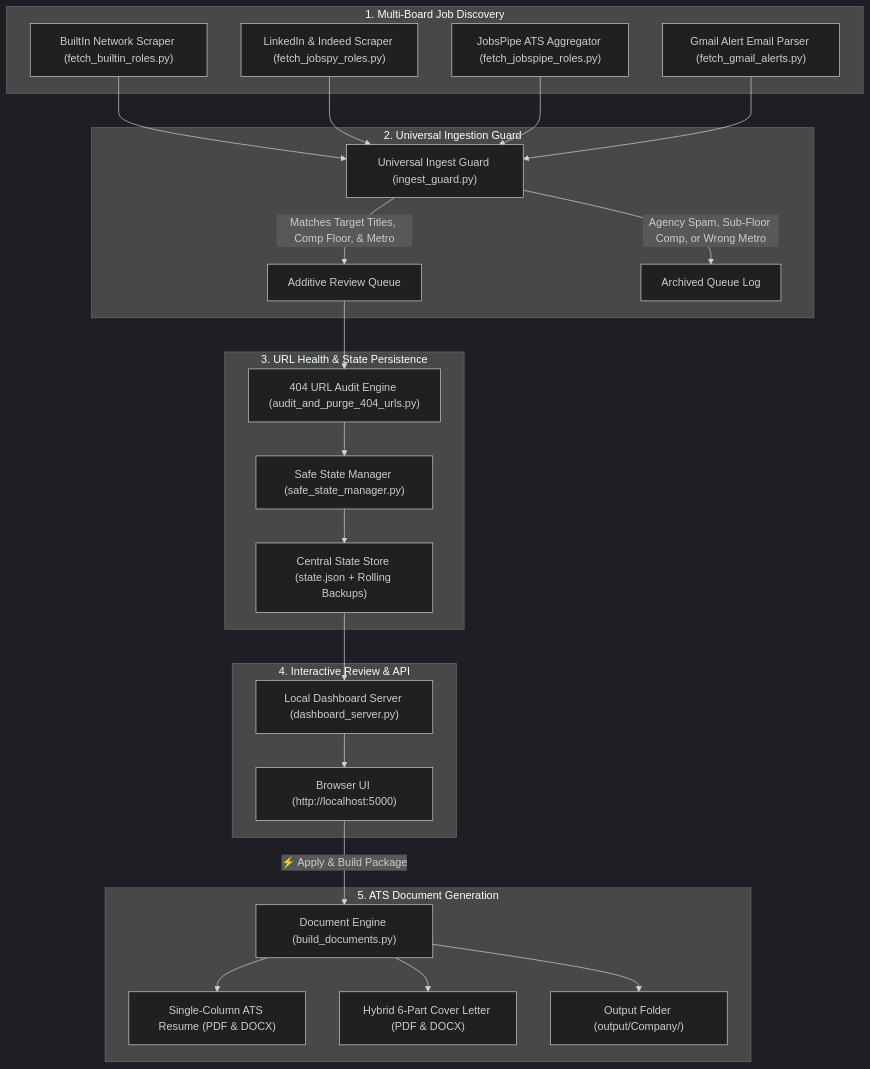
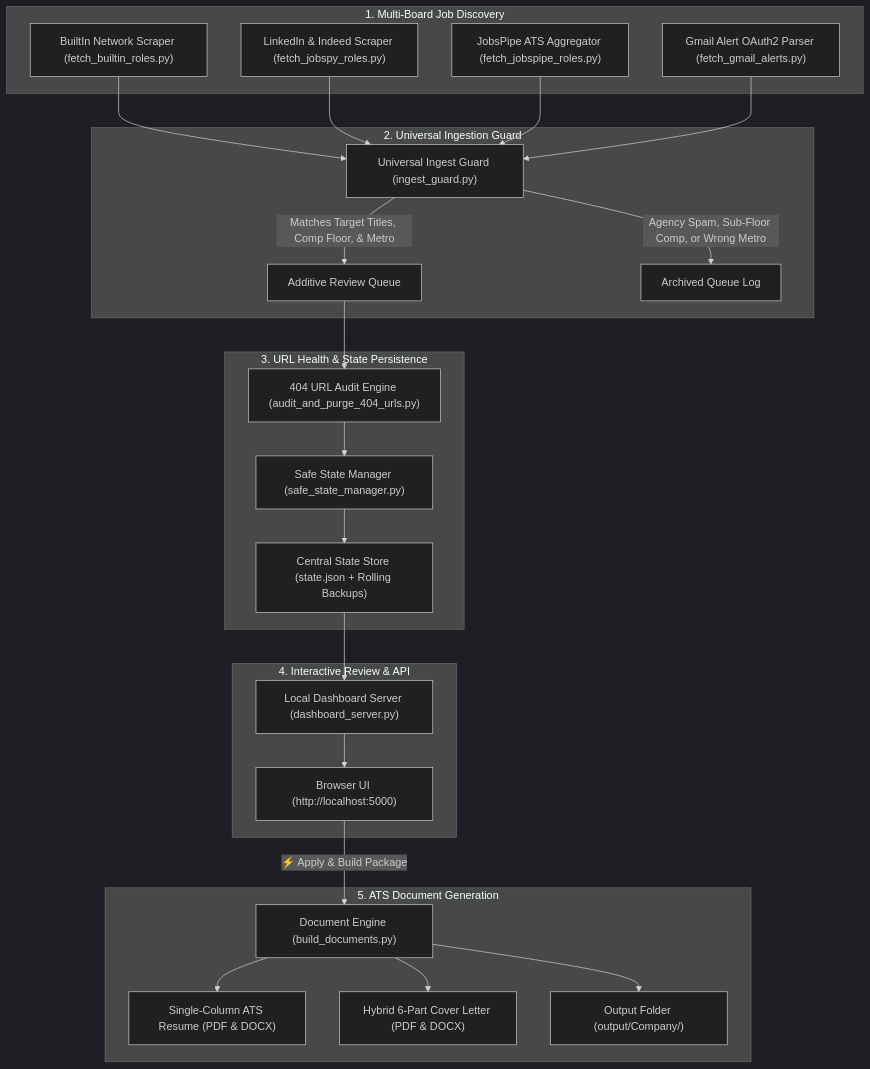
Before and after one commit to Cask-Hound-Digital/job_search_agent: the diagram in README.md, drawn with Mermaid (dark theme). The commit also changed other lines of this file and 16 other files, not shown here.

````diff
--- a/README.md
+++ b/README.md
@@ -60,33 +132,33 @@
 ```mermaid
 flowchart TD
     subgraph Discovery ["1. Multi-Board Job Discovery"]
         A["BuiltIn Network Scraper (fetch_builtin_roles.py)"]
         B["LinkedIn & Indeed Scraper (fetch_jobspy_roles.py)"]
         C["JobsPipe ATS Aggregator (fetch_jobspipe_roles.py)"]
-        D["Gmail Alert Email Parser (fetch_gmail_alerts.py)"]
+        D["Gmail Alert OAuth2 Parser (fetch_gmail_alerts.py)"]
     end
 
     subgraph Filtration ["2. Universal Ingestion Guard"]
         A & B & C & D --> E["Universal Ingest Guard (ingest_guard.py)"]
         E -->|"Matches Target Titles, Comp Floor, & Metro"| F["Additive Review Queue"]
         E -->|"Agency Spam, Sub-Floor Comp, or Wrong Metro"| G["Archived Queue Log"]
     end
 
     subgraph Health ["3. URL Health & State Persistence"]
         F --> H["404 URL Audit Engine (audit_and_purge_404_urls.py)"]
         H --> I["Safe State Manager (safe_state_manager.py)"]
         I --> J["Central State Store (state.json + Rolling Backups)"]
     end
 
     subgraph UI ["4. Interactive Review & API"]
         J --> K["Local Dashboard Server (dashboard_server.py)"]
         K --> L["Browser UI (http://localhost:5000)"]
     end
 
     subgraph Build ["5. ATS Document Generation"]
         L -->|"⚡ Apply & Build Package"| M["Document Engine (build_documents.py)"]
         M --> N["Single-Column ATS Resume (PDF & DOCX)"]
         M --> O["Hybrid 6-Part Cover Letter (PDF & DOCX)"]
         M --> P["Output Folder (output/Company/)"]
     end
 ```
````
